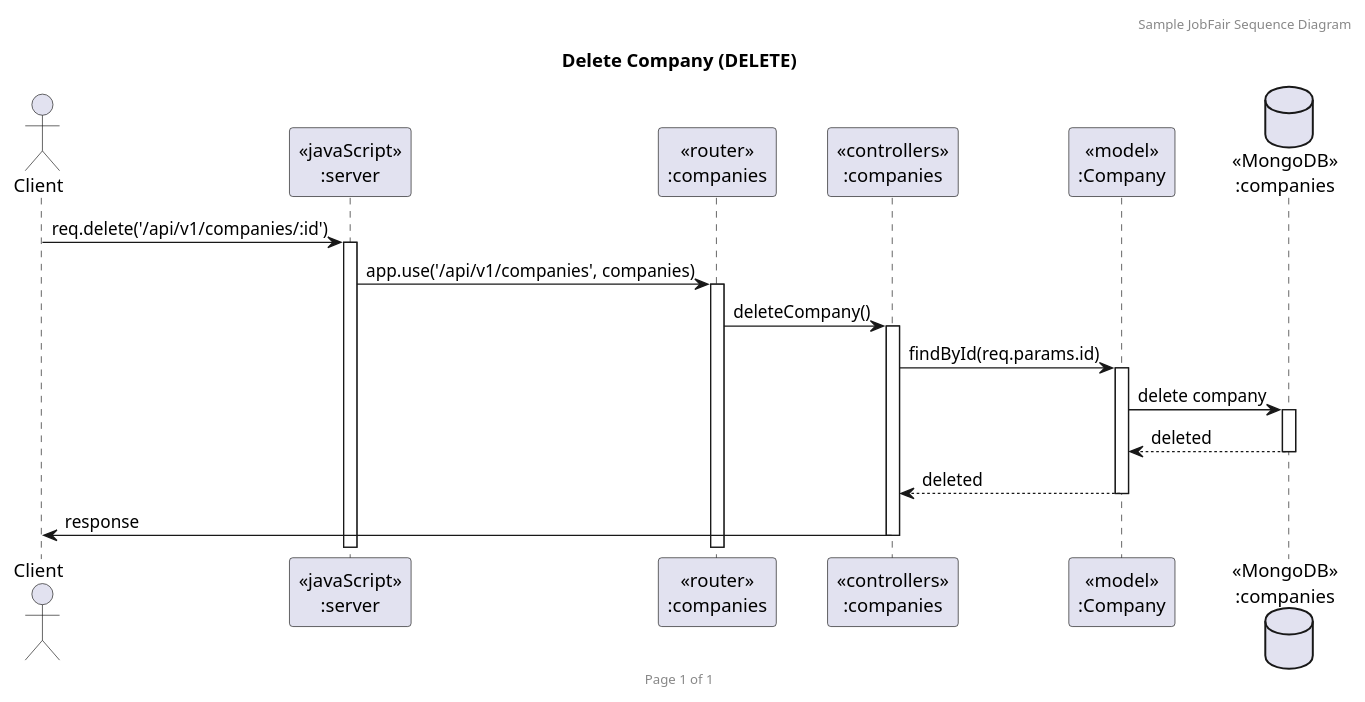
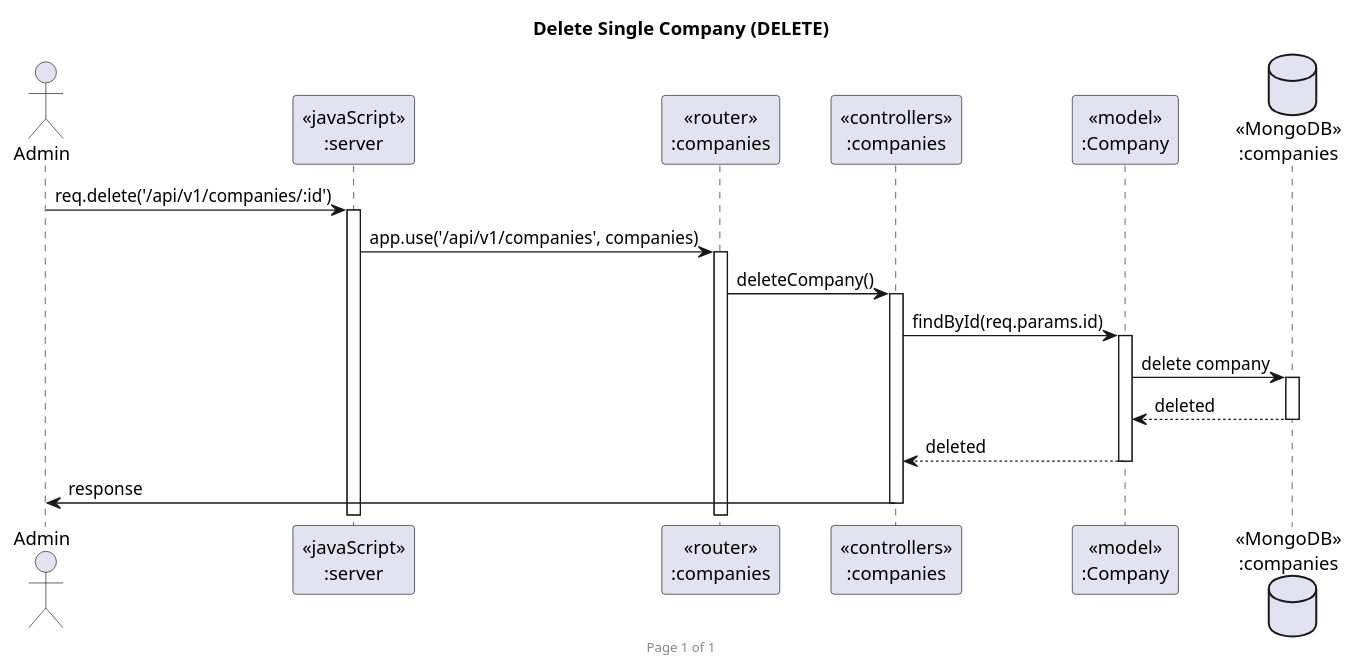
One commit to 2110503-CEDT68/be-project-68-vacq changed the ninth of 15 diagrams in uml/sequence-diagram.puml. Above: the diagram before and after it, drawn with PlantUML. The commit also changed other lines of this file and 27 other files, not shown here.

Commit message:
Edit sequence diagram

```diff
--- a/uml/sequence-diagram.puml
+++ b/uml/sequence-diagram.puml
@@ -187,23 +179,22 @@
-@startuml Delete Company (DELETE)
+@startuml Delete Single Company (DELETE)
 
-header Sample JobFair Sequence Diagram
 footer Page %page% of %lastpage%
-title "Delete Company (DELETE)"
+title "Delete Single Company (DELETE)"
 
-actor "Client" as client
+actor "Admin" as client
 participant "<<javaScript>>\n:server" as server
 participant "<<router>>\n:companies" as routerCompanies
 participant "<<controllers>>\n:companies" as controllersCompanies
 participant "<<model>>\n:Company" as modelCompany
 database "<<MongoDB>>\n:companies" as CompaniesDatabase
 
 client->server ++: req.delete('/api/v1/companies/:id')
 server->routerCompanies ++: app.use('/api/v1/companies', companies)
 routerCompanies -> controllersCompanies ++: deleteCompany()
 controllersCompanies->modelCompany ++: findById(req.params.id)
 modelCompany ->CompaniesDatabase ++: delete company
 CompaniesDatabase --> modelCompany --: deleted
 controllersCompanies <-- modelCompany --: deleted
 controllersCompanies->client --: response
 
 @enduml
```
